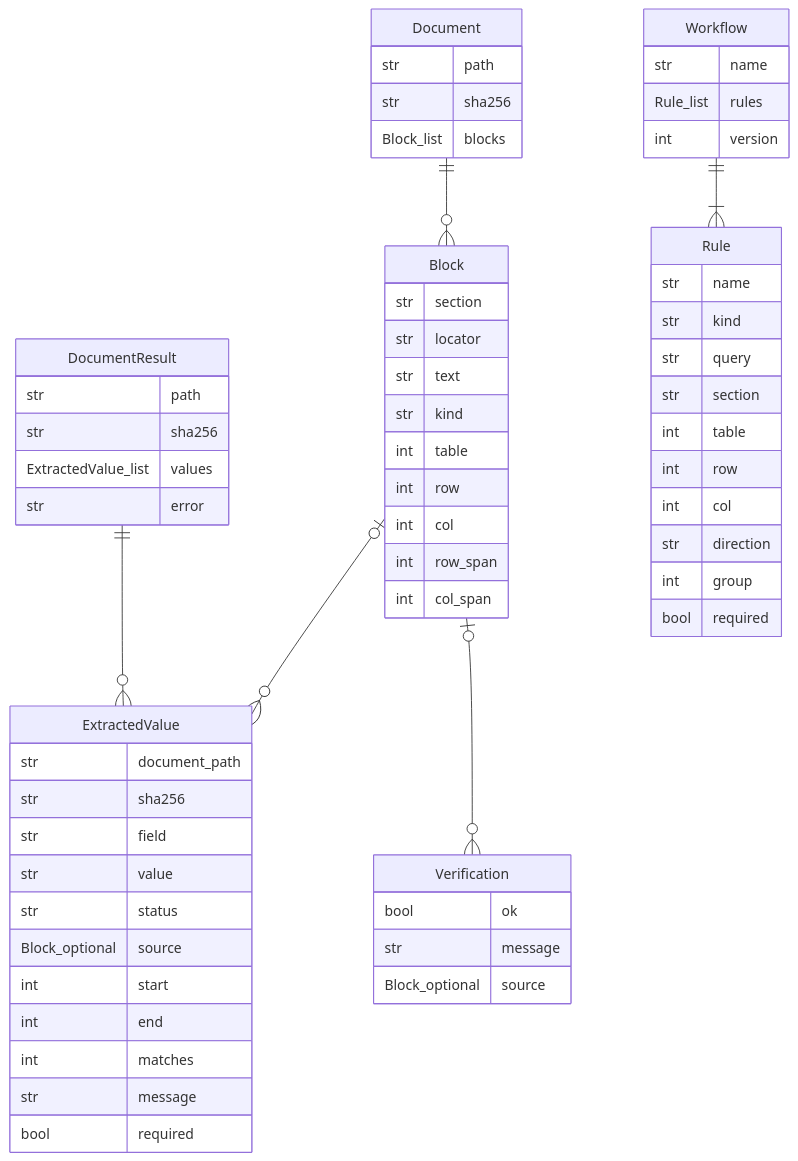
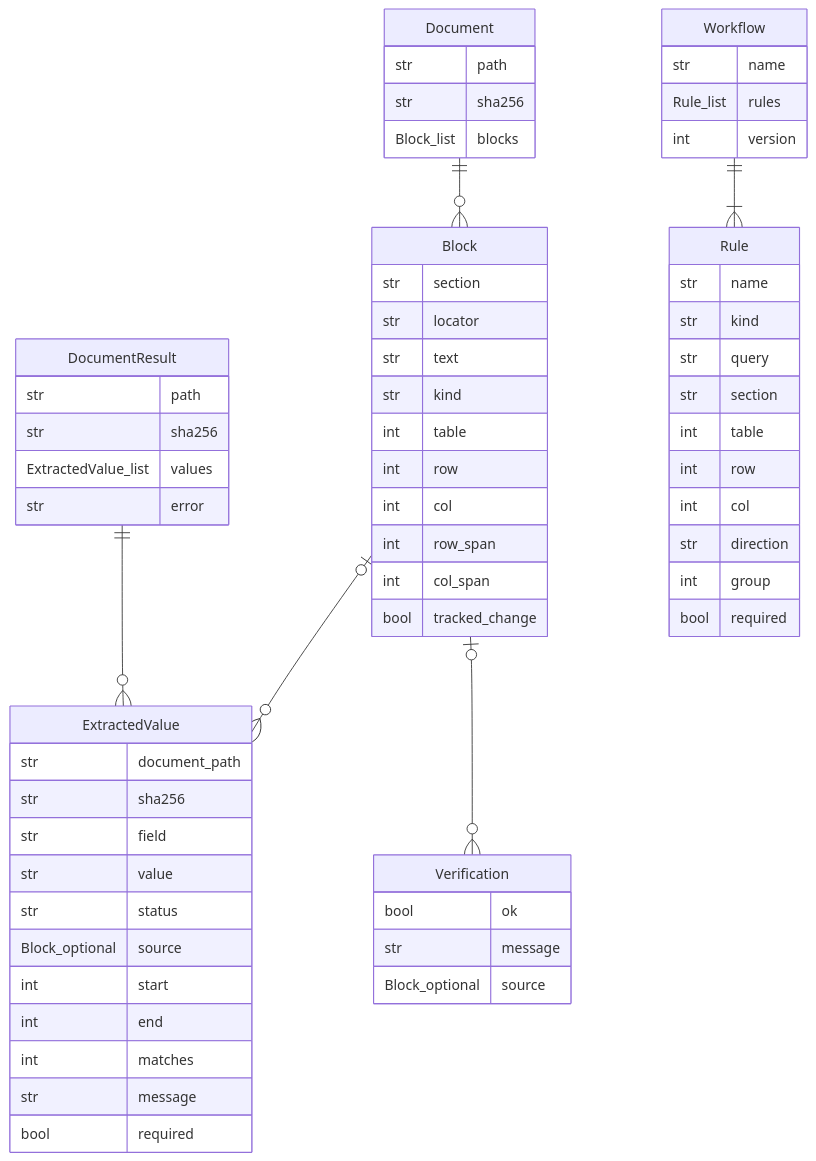
Before and after one commit to Minky0602/ureonggaksi: the second of 6 diagrams in docs/architecture.md, drawn with Mermaid. The commit also changed other lines of this file and 4 other files, not shown here.

````diff
--- a/docs/architecture.md
+++ b/docs/architecture.md
@@ -55,65 +55,66 @@
 ```mermaid
 erDiagram
     Block {
         str section
         str locator
         str text
         str kind
         int table
         int row
         int col
         int row_span
         int col_span
+        bool tracked_change
     }
     Document {
         str path
         str sha256
         Block_list blocks
     }
     ExtractedValue {
         str document_path
         str sha256
         str field
         str value
         str status
         Block_optional source
         int start
         int end
         int matches
         str message
         bool required
     }
     DocumentResult {
         str path
         str sha256
         ExtractedValue_list values
         str error
     }
     Verification {
         bool ok
         str message
         Block_optional source
     }
     Rule {
         str name
         str kind
         str query
         str section
         int table
         int row
         int col
         str direction
         int group
         bool required
     }
     Workflow {
         str name
         Rule_list rules
         int version
     }
     Document ||--o{ Block : ""
     Workflow ||--|{ Rule : ""
     DocumentResult ||--o{ ExtractedValue : ""
     Block |o--o{ ExtractedValue : ""
     Block |o--o{ Verification : ""
 ```
````
